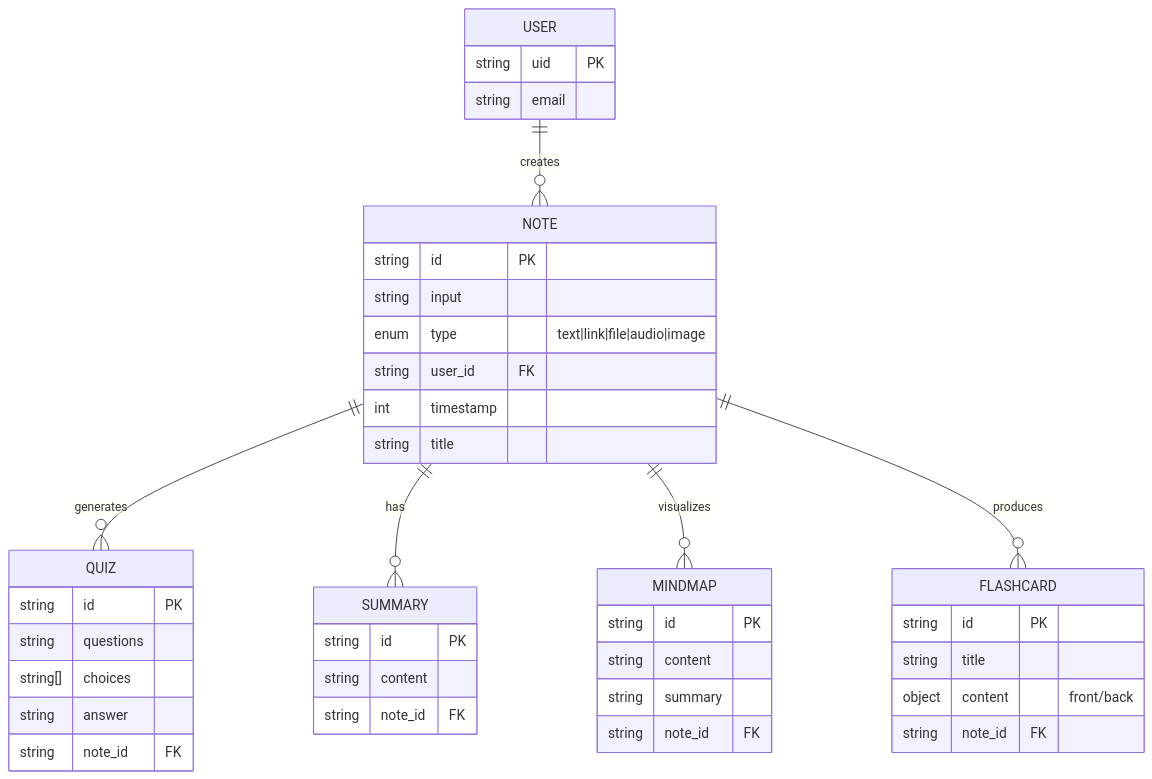
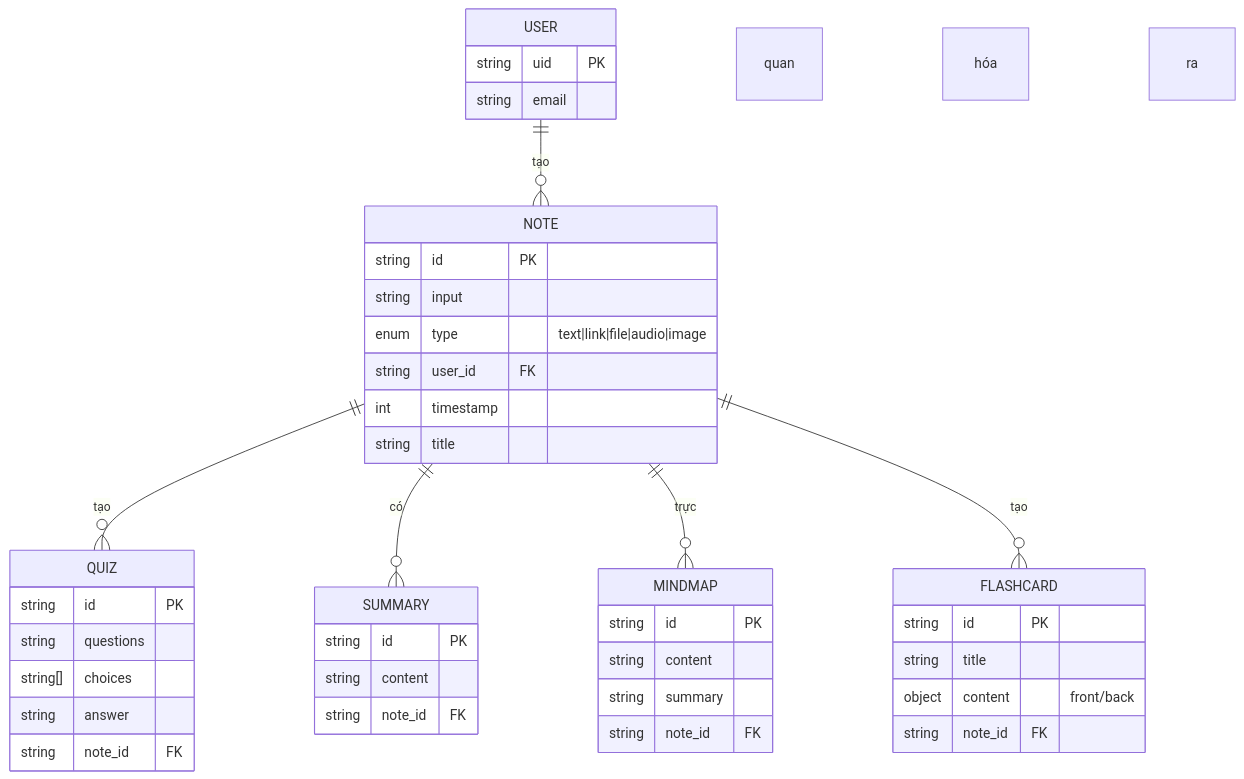
Before and after one commit to Project-D21CNPM04/android-p-study: the second of 4 diagrams in README.md, drawn with Mermaid. The commit also changed other lines of this file, not shown here.

````diff
--- a/README.md
+++ b/README.md
@@ -204,50 +204,50 @@
 ```mermaid
 erDiagram
     USER {
         string uid PK
         string email
     }
     
     NOTE {
         string id PK
         string input
         enum type "text|link|file|audio|image"
         string user_id FK
         int timestamp
         string title
     }
     
     QUIZ {
         string id PK
         string questions
         string[] choices
         string answer
         string note_id FK
     }
     
     SUMMARY {
         string id PK
         string content
         string note_id FK
     }
     
     MINDMAP {
         string id PK
         string content
         string summary
         string note_id FK
     }
     
     FLASHCARD {
         string id PK
         string title
         object content "front/back"
         string note_id FK
     }
     
-    USER ||--o{ NOTE : creates
-    NOTE ||--o{ QUIZ : generates
-    NOTE ||--o{ SUMMARY : has
-    NOTE ||--o{ MINDMAP : visualizes
-    NOTE ||--o{ FLASHCARD : produces
+    USER ||--o{ NOTE : tạo
+    NOTE ||--o{ QUIZ : tạo
+    NOTE ||--o{ SUMMARY : có
+    NOTE ||--o{ MINDMAP : trực quan hóa
+    NOTE ||--o{ FLASHCARD : tạo ra
 ```
````
